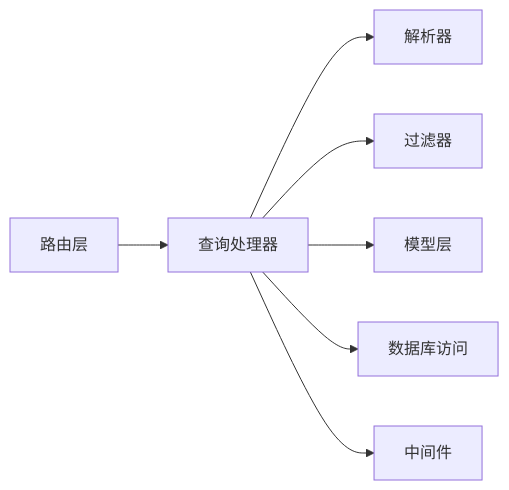
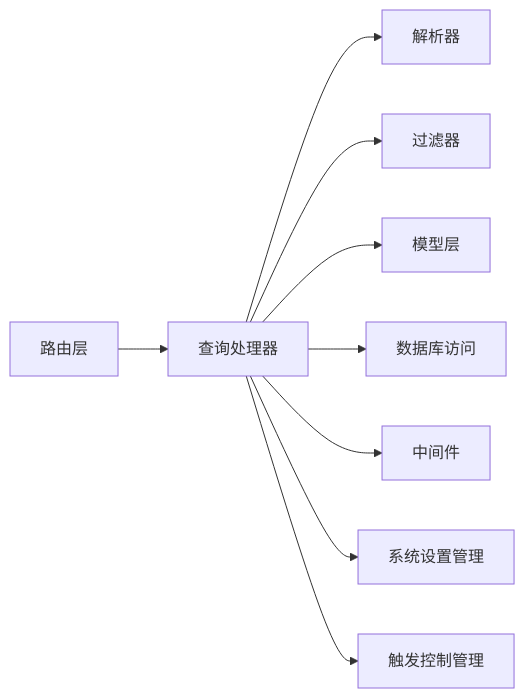
One commit to leimu-hue/AI-Trend-Tool changed the fourth of 4 diagrams in .qoder/repowiki/zh/content/API接口文档/查询与搜索API.md. Above: the diagram before and after it, drawn with Mermaid. The commit also changed other lines of this file and 5 other files, not shown here.

````diff
--- a/.qoder/repowiki/zh/content/API接口文档/查询与搜索API.md
+++ b/.qoder/repowiki/zh/content/API接口文档/查询与搜索API.md
@@ -237,9 +357,11 @@
 ```mermaid
 graph LR
 Routes["路由层"] --> Handler["查询处理器"]
 Handler --> Parser["解析器"]
 Handler --> Filter["过滤器"]
 Handler --> Models["模型层"]
 Handler --> DB["数据库访问"]
 Handler --> Middleware["中间件"]
+Handler --> Settings["系统设置管理"]
+Handler --> Trigger["触发控制管理"]
 ```
````
